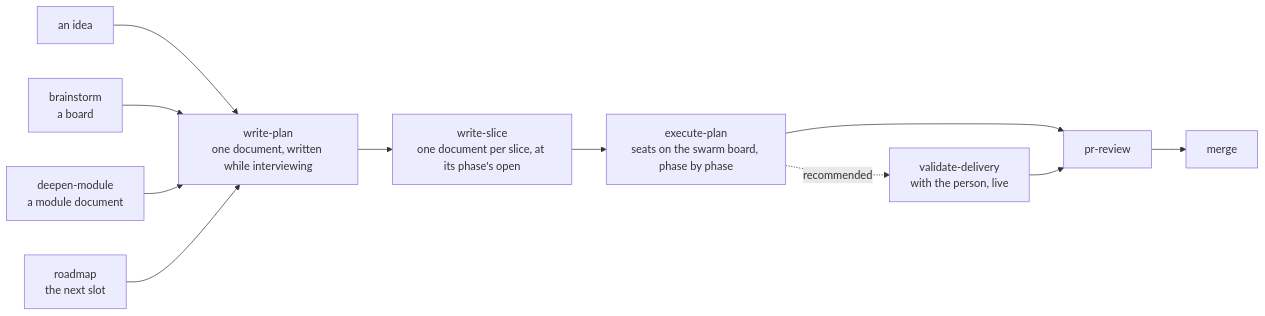
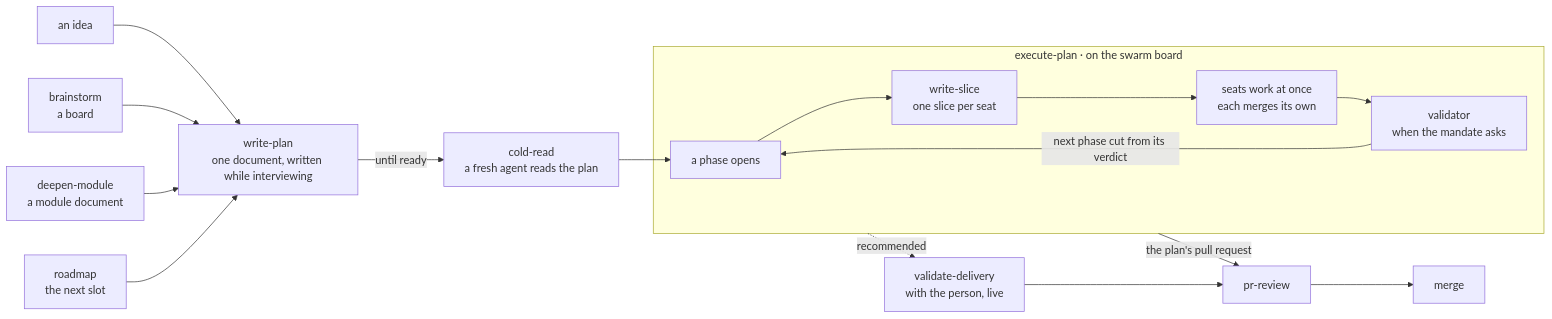
Before and after one commit to Ovich/charrette: the diagram in README.md, drawn with Mermaid. The commit also changed other lines of this file, not shown here.

Commit message:
README: twenty-seven skills, cold-read row, verify per focus, plan phases and cold read, interview short mode; loop diagram with slices written at each phase's open

````diff
--- a/README.md
+++ b/README.md
@@ -21,13 +21,19 @@
 ```mermaid
 flowchart LR
   I["an idea"] --> P
   B["brainstorm<br/>a board"] --> P
   DM["deepen-module<br/>a module document"] --> P
   RM["roadmap<br/>the next slot"] --> P
-  P["write-plan<br/>one document, written while interviewing"] --> WS["write-slice<br/>one document per slice, at its phase's open"]
-  WS --> E["execute-plan<br/>seats on the swarm board, phase by phase"]
-  E --> R["pr-review"]
+  P["write-plan<br/>one document, written while interviewing"] -->|"until ready"| CR["cold-read<br/>a fresh agent reads the plan"]
+  CR --> PH
+  subgraph E["execute-plan · on the swarm board"]
+    PH["a phase opens"] --> WS["write-slice<br/>one slice per seat"]
+    WS --> S["seats work at once<br/>each merges its own"]
+    S --> VS["validator<br/>when the mandate asks"]
+    VS -->|"next phase cut from its verdict"| PH
+  end
+  E -->|"the plan's pull request"| R["pr-review"]
   E -.->|"recommended"| V["validate-delivery<br/>with the person, live"]
   V --> R
   R --> M["merge"]
 ```
````
